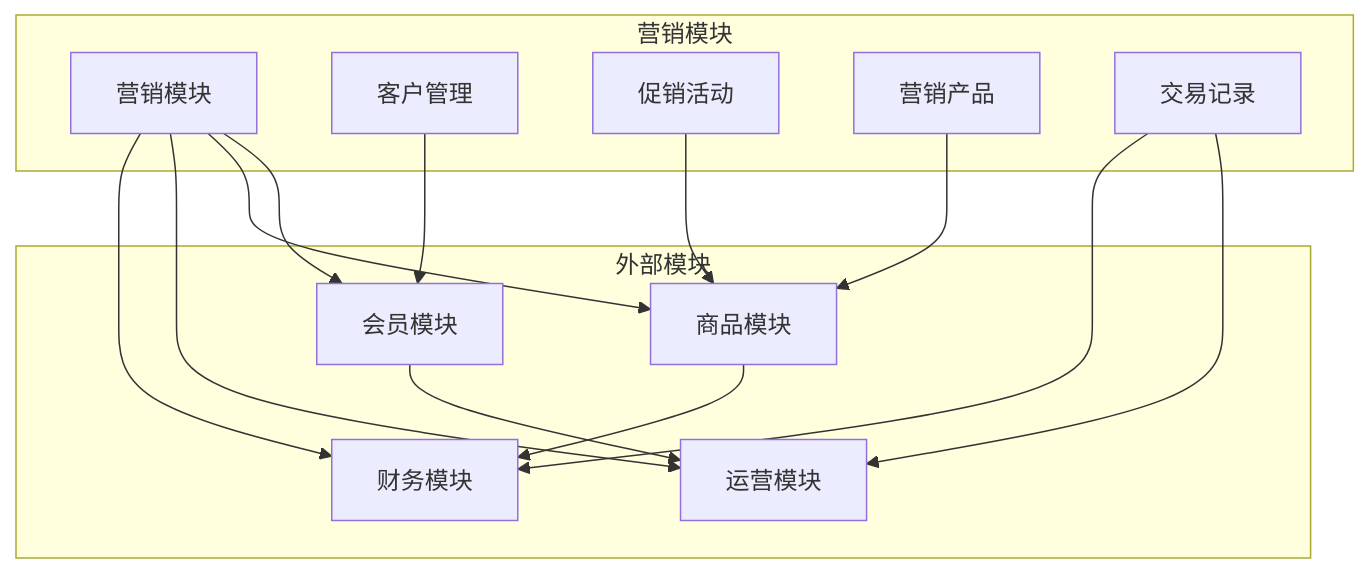
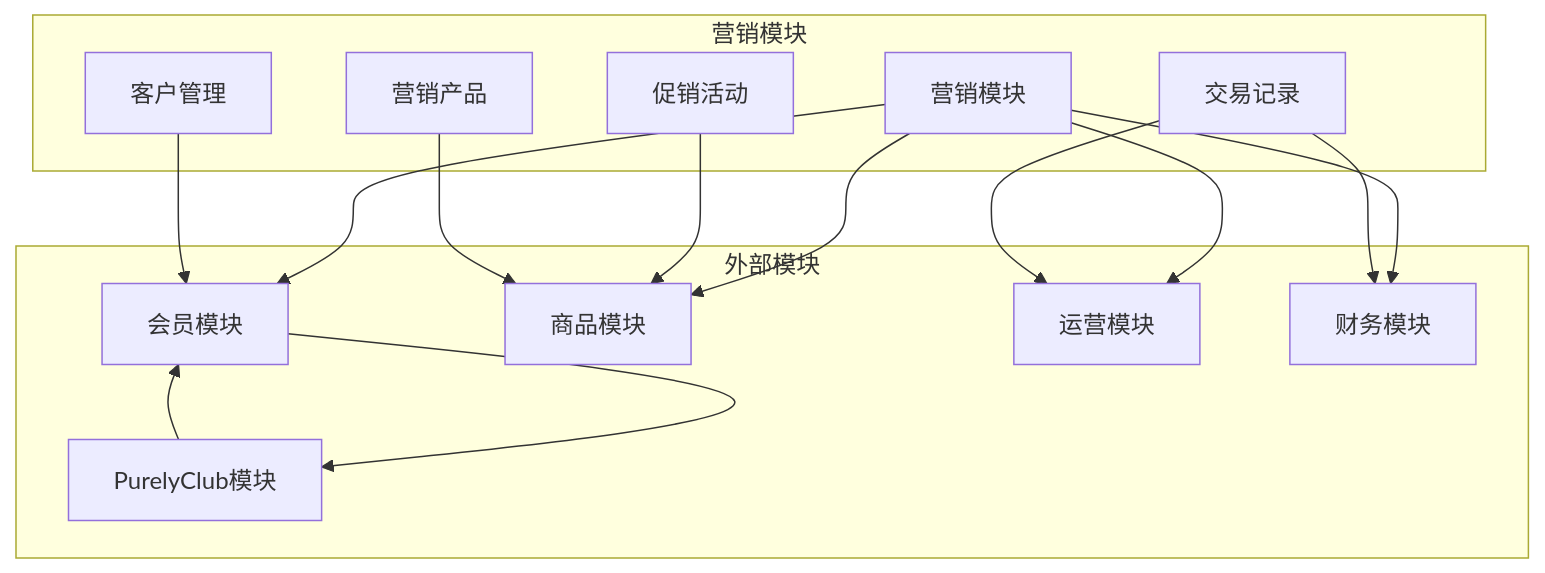
Diagram 14 of 15 in .qoder/repowiki/zh/content/业务模块/营销推广模块/营销推广模块.md (rc558620/purelyprofit-server), drawn with Mermaid before and after one commit. The commit also changed other lines of this file and 534 other files, not shown here.

````diff
--- a/.qoder/repowiki/zh/content/业务模块/营销推广模块/营销推广模块.md
+++ b/.qoder/repowiki/zh/content/业务模块/营销推广模块/营销推广模块.md
@@ -519,27 +658,28 @@
 ```mermaid
 graph TB
 subgraph "营销模块"
 Marketing["营销模块"]
 Customers["客户管理"]
 Promotions["促销活动"]
 Products["营销产品"]
 Transactions["交易记录"]
 end
 subgraph "外部模块"
 Member["会员模块"]
 Goods["商品模块"]
 Operations["运营模块"]
 Finance["财务模块"]
+Club["PurelyClub模块"]
 end
 Marketing --> Member
 Marketing --> Goods
 Marketing --> Operations
 Marketing --> Finance
 Customers --> Member
 Promotions --> Goods
 Products --> Goods
 Transactions --> Operations
 Transactions --> Finance
-Member --> Operations
-Goods --> Finance
+Member --> Club
+Club --> Member
 ```
````
